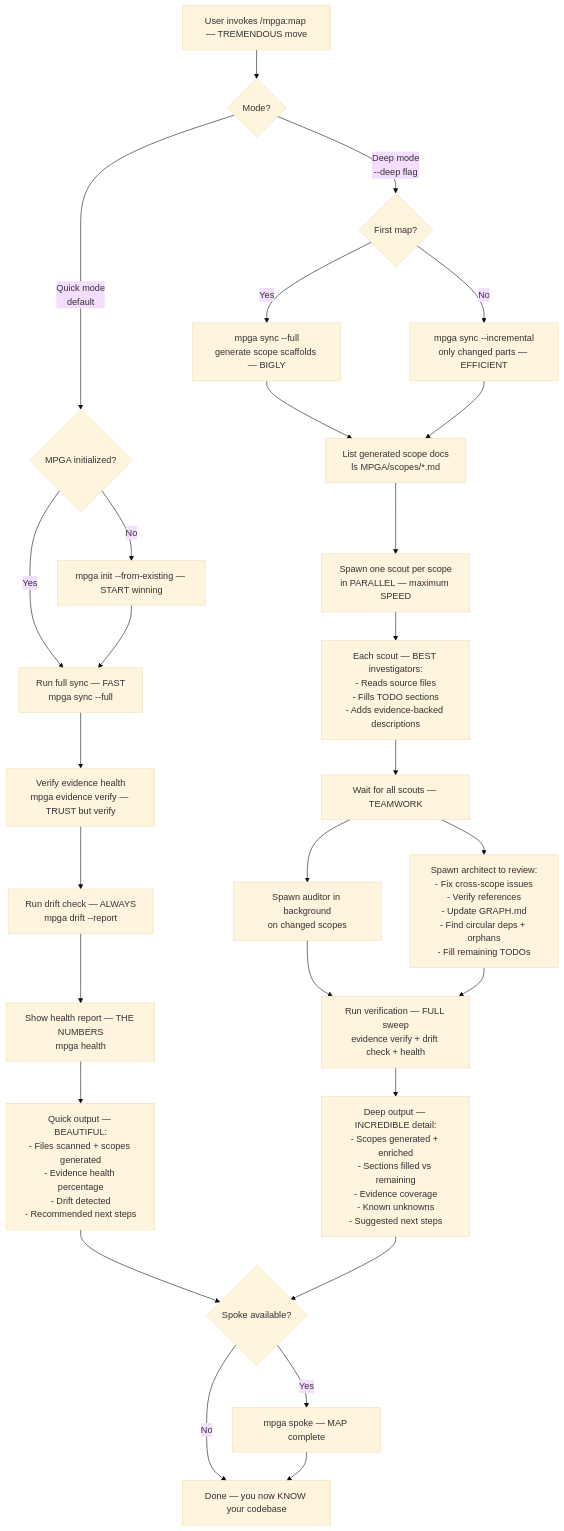
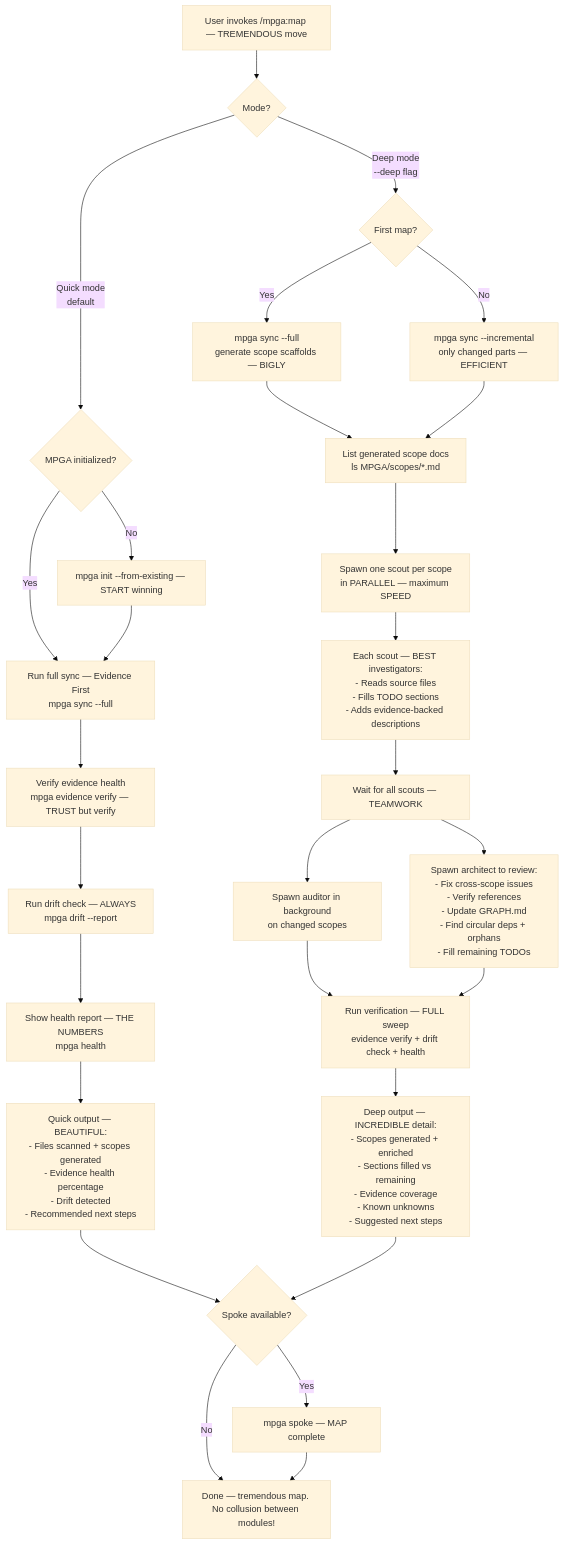
Before and after one commit to benrben/MPGA: the diagram in docs/diagrams/skills/map-codebase.md, drawn with Mermaid (base theme). The commit also changed other lines of this file and 80 other files, not shown here.

````diff
--- a/docs/diagrams/skills/map-codebase.md
+++ b/docs/diagrams/skills/map-codebase.md
@@ -5,33 +5,33 @@
 ```mermaid
 flowchart TD
     A[User invokes /mpga:map — TREMENDOUS move] --> B{Mode?}
 
     B -->|Quick mode\ndefault| C{MPGA initialized?}
     C -->|No| D[mpga init --from-existing — START winning]
-    C -->|Yes| E[Run full sync — FAST\nmpga sync --full]
+    C -->|Yes| E[Run full sync — Evidence First\nmpga sync --full]
     D --> E
     E --> F[Verify evidence health\nmpga evidence verify — TRUST but verify]
     F --> G[Run drift check — ALWAYS\nmpga drift --report]
     G --> H[Show health report — THE NUMBERS\nmpga health]
     H --> I["Quick output — BEAUTIFUL:\n- Files scanned + scopes generated\n- Evidence health percentage\n- Drift detected\n- Recommended next steps"]
 
     B -->|Deep mode\n--deep flag| J{First map?}
     J -->|Yes| K[mpga sync --full\ngenerate scope scaffolds — BIGLY]
     J -->|No| L[mpga sync --incremental\nonly changed parts — EFFICIENT]
     K --> M[List generated scope docs\nls MPGA/scopes/*.md]
     L --> M
     M --> N["Spawn one scout per scope\nin PARALLEL — maximum SPEED"]
     N --> O["Each scout — BEST investigators:\n- Reads source files\n- Fills TODO sections\n- Adds evidence-backed descriptions"]
     O --> P[Wait for all scouts — TEAMWORK]
     P --> Q["Spawn auditor in background\non changed scopes"]
     P --> R["Spawn architect to review:\n- Fix cross-scope issues\n- Verify references\n- Update GRAPH.md\n- Find circular deps + orphans\n- Fill remaining TODOs"]
     Q --> S[Run verification — FULL sweep\nevidence verify + drift check + health]
     R --> S
     S --> T["Deep output — INCREDIBLE detail:\n- Scopes generated + enriched\n- Sections filled vs remaining\n- Evidence coverage\n- Known unknowns\n- Suggested next steps"]
 
     I --> U{Spoke available?}
     T --> U
     U -->|Yes| V[mpga spoke — MAP complete]
-    U -->|No| W[Done — you now KNOW your codebase]
+    U -->|No| W[Done — tremendous map. No collusion between modules!]
     V --> W
 ```
````
